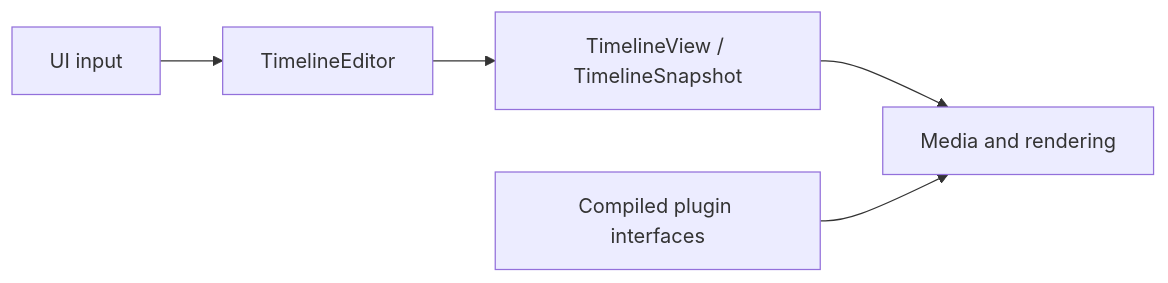
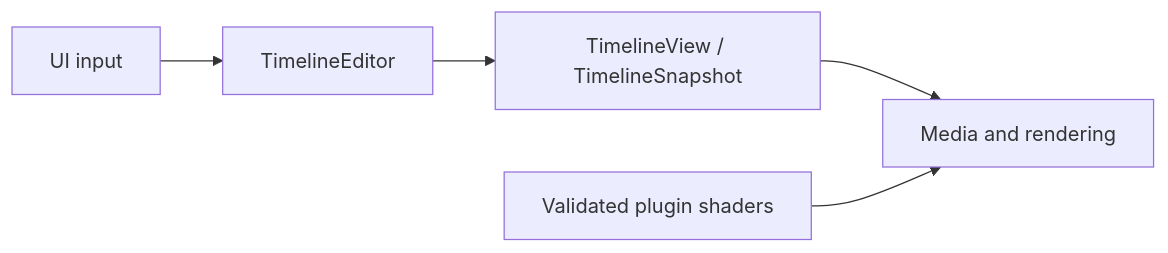
Before and after one commit to 1Step621/zerium: the diagram in docs/architecture/README.md, drawn with Mermaid. The commit also changed other lines of this file and 477 other files, not shown here.

````diff
--- a/docs/architecture/README.md
+++ b/docs/architecture/README.md
@@ -18,7 +18,7 @@
 ```mermaid
 flowchart LR
     UI[UI input] --> Editor[TimelineEditor]
     Editor --> View[TimelineView / TimelineSnapshot]
     View --> Engine[Media and rendering]
-    Shader[Compiled plugin interfaces] --> Engine
+    Shader[Validated plugin shaders] --> Engine
 ```
````
